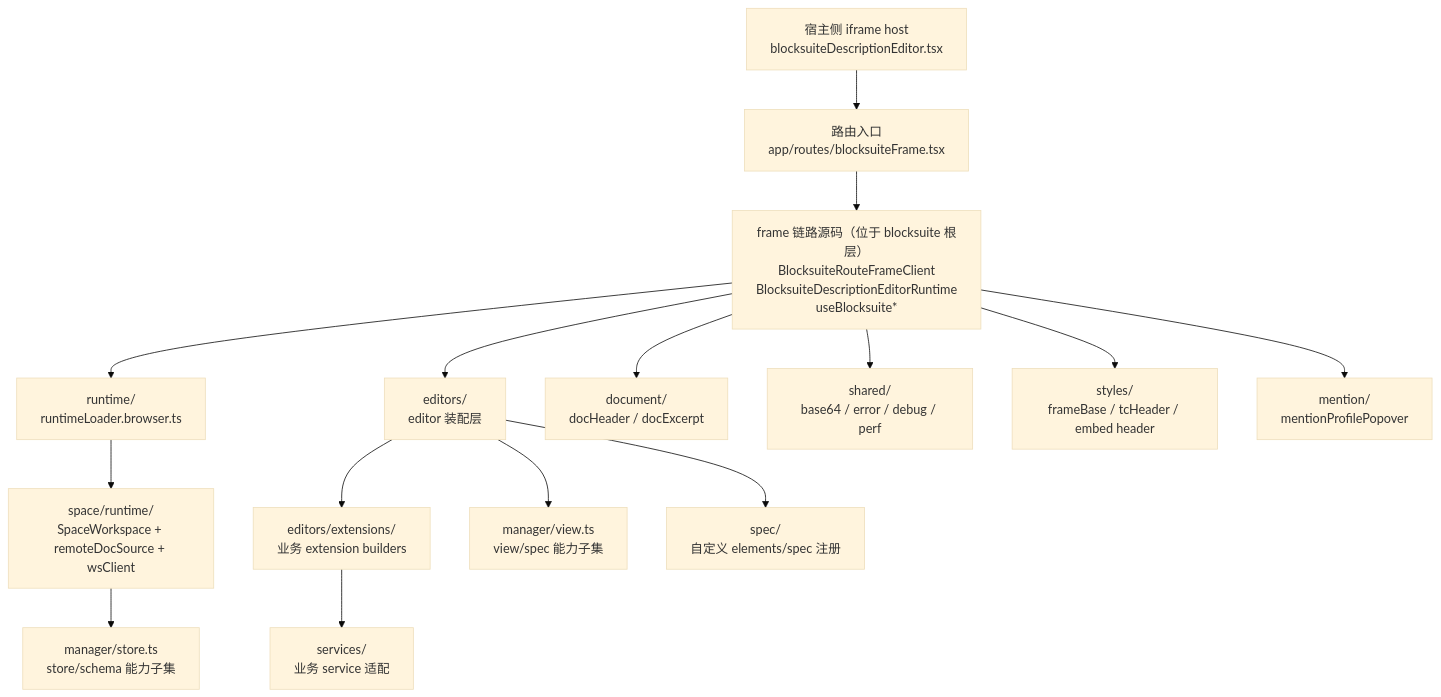
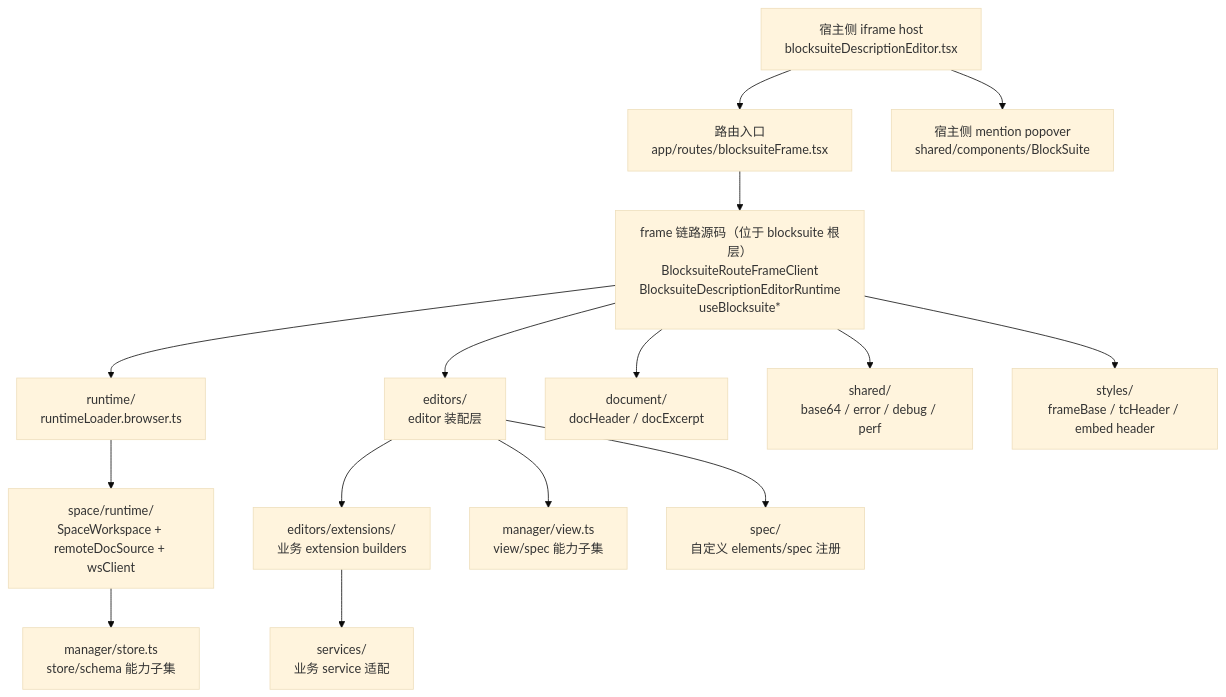
Before and after one commit to starrybamboo/tuan-chat-web: the first of 2 diagrams in app/components/chat/infra/blocksuite/doc/ARCHITECTURE-OVERVIEW.md, drawn with Mermaid (base theme). The commit also changed other lines of this file and 6 other files, not shown here.

Commit message:
refactor: move mention popover to blocksuite host

````diff
--- a/app/components/chat/infra/blocksuite/doc/ARCHITECTURE-OVERVIEW.md
+++ b/app/components/chat/infra/blocksuite/doc/ARCHITECTURE-OVERVIEW.md
@@ -11,17 +11,17 @@
 ```mermaid
 flowchart TD
     Host["宿主侧 iframe host<br/>blocksuiteDescriptionEditor.tsx"] --> Route["路由入口<br/>app/routes/blocksuiteFrame.tsx"]
     Route --> Frame["frame 链路源码（位于 blocksuite 根层）<br/>BlocksuiteRouteFrameClient<br/>BlocksuiteDescriptionEditorRuntime<br/>useBlocksuite*"]
     Frame --> Runtime["runtime/<br/>runtimeLoader.browser.ts"]
     Runtime --> SpaceRuntime["space/runtime/<br/>SpaceWorkspace + remoteDocSource + wsClient"]
     Frame --> Editors["editors/<br/>editor 装配层"]
     Editors --> Extensions["editors/extensions/<br/>业务 extension builders"]
     Extensions --> Services["services/<br/>业务 service 适配"]
     Editors --> ManagerView["manager/view.ts<br/>view/spec 能力子集"]
     SpaceRuntime --> ManagerStore["manager/store.ts<br/>store/schema 能力子集"]
     Frame --> Document["document/<br/>docHeader / docExcerpt"]
     Frame --> Shared["shared/<br/>base64 / error / debug / perf"]
     Editors --> Spec["spec/<br/>自定义 elements/spec 注册"]
     Frame --> Styles["styles/<br/>frameBase / tcHeader / embed header"]
-    Frame --> Mention["mention/<br/>mentionProfilePopover"]
+    Host --> Mention["宿主侧 mention popover<br/>shared/components/BlockSuite"]
 ```
````
